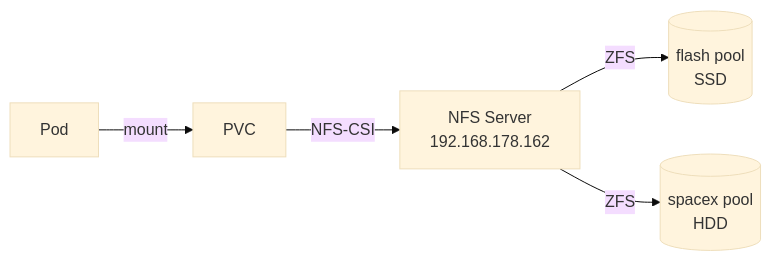
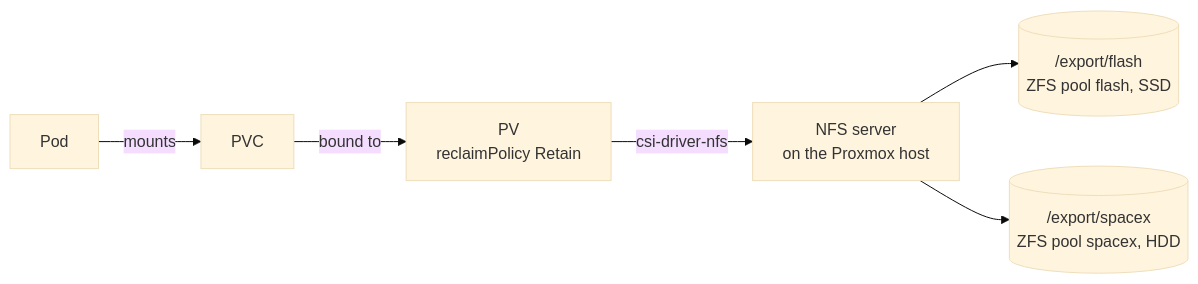
Before and after one commit to lucaam/k8s-iannamo: the diagram in docs/storage.en.md, drawn with Mermaid (base theme). The commit also changed other lines of this file and 33 other files, not shown here.

````diff
--- a/docs/storage.en.md
+++ b/docs/storage.en.md
@@ -5,7 +3,8 @@
 ```mermaid
-graph LR
-    Pod[Pod] -->|mount| PVC[PVC]
-    PVC -->|NFS-CSI| NFS[NFS Server<br/>192.168.178.162]
-    NFS -->|ZFS| Flash[(flash pool<br/>SSD)]
-    NFS -->|ZFS| Spacex[(spacex pool<br/>HDD)]
+flowchart LR
+    pod["Pod"] -->|mounts| pvc["PVC"]
+    pvc -->|"bound to"| pv["PV<br/>reclaimPolicy Retain"]
+    pv -->|"csi-driver-nfs"| nfs["NFS server<br/>on the Proxmox host"]
+    nfs --> flash[("/export/flash<br/>ZFS pool flash, SSD")]
+    nfs --> spacex[("/export/spacex<br/>ZFS pool spacex, HDD")]
 ```
````
